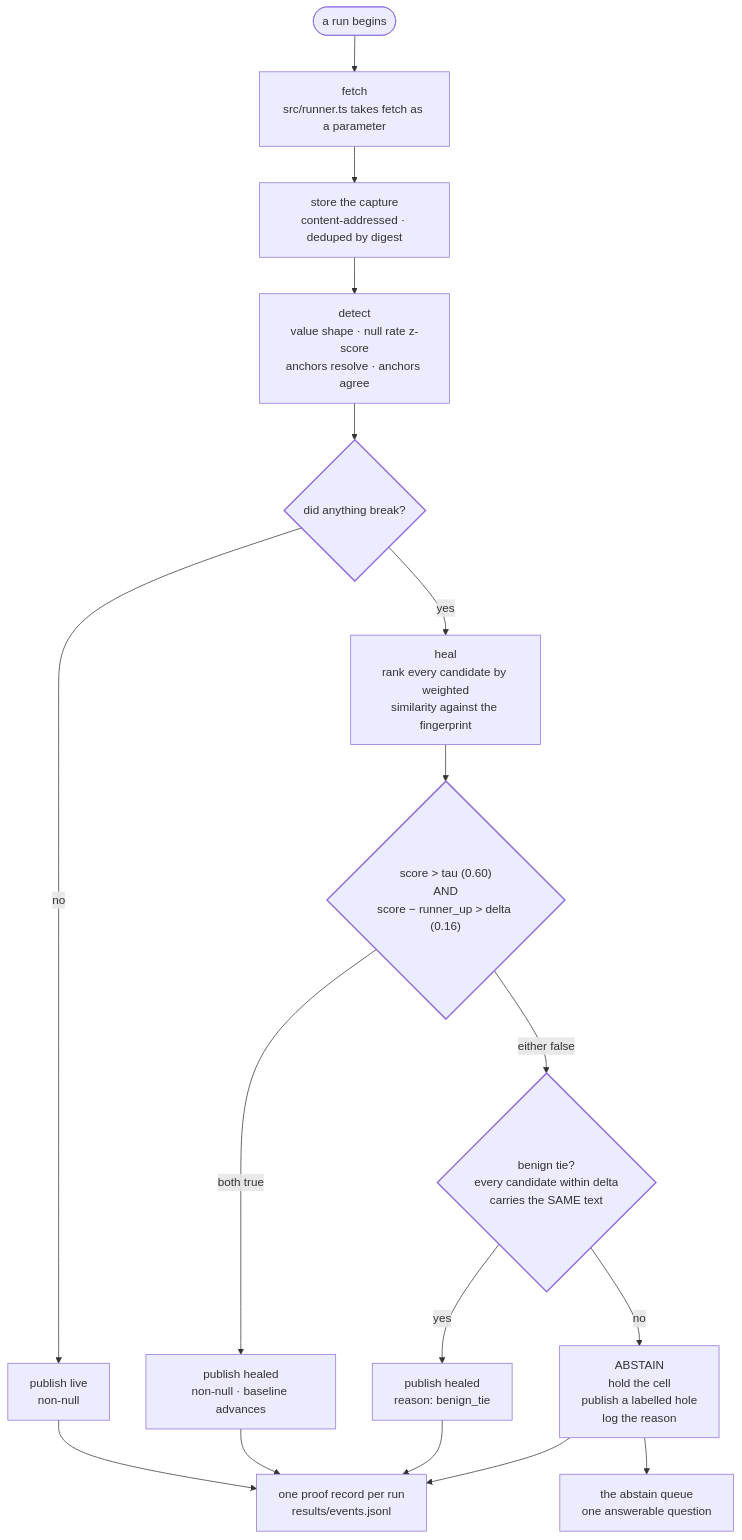
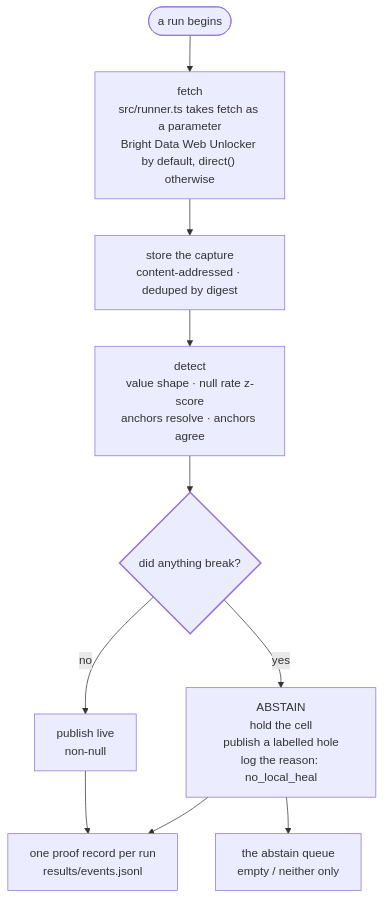
One commit to Vaibhav91one/assay changed the diagram in web/content/docs/run-flow.mdx. Above: the diagram before and after it, drawn with Mermaid. The commit also changed other lines of this file and 5 other files, not shown here.

First line of the commit message:
docs+fixtures: real-run verification found these stale after the healGated/tool-count changes

````diff
--- a/web/content/docs/run-flow.mdx
+++ b/web/content/docs/run-flow.mdx
@@ -8,27 +8,17 @@
 ```mermaid
 flowchart TB
-  start(["a run begins"]) --> fetch["fetch<br/>src/runner.ts takes fetch as a parameter"]
+  start(["a run begins"]) --> fetch["fetch<br/>src/runner.ts takes fetch as a parameter<br/>Bright Data Web Unlocker by default, direct() otherwise"]
   fetch --> capture["store the capture<br/>content-addressed · deduped by digest"]
   capture --> detect["detect<br/>value shape · null rate z-score<br/>anchors resolve · anchors agree"]
 
   detect --> broke{"did anything break?"}
   broke -->|"no"| live["publish live<br/>non-null"]
-
-  broke -->|"yes"| heal["heal<br/>rank every candidate by weighted<br/>similarity against the fingerprint"]
-  heal --> gate{"score &gt; tau (0.60)<br/>AND<br/>score − runner_up &gt; delta (0.16)"}
-
-  gate -->|"both true"| healed["publish healed<br/>non-null · baseline advances"]
-  gate -->|"either false"| tie{"benign tie?<br/>every candidate within delta<br/>carries the SAME text"}
-
-  tie -->|"yes"| benign["publish healed<br/>reason: benign_tie"]
-  tie -->|"no"| abstain["ABSTAIN<br/>hold the cell<br/>publish a labelled hole<br/>log the reason"]
+  broke -->|"yes"| abstain["ABSTAIN<br/>hold the cell<br/>publish a labelled hole<br/>log the reason: no_local_heal"]
 
   live --> proof["one proof record per run<br/>results/events.jsonl"]
-  healed --> proof
-  benign --> proof
-  abstain --> queue["the abstain queue<br/>one answerable question"]
+  abstain --> queue["the abstain queue<br/>empty / neither only"]
   abstain --> proof
 
   classDef decision stroke-width:2px
-  class gate,tie,broke decision
+  class broke decision
 ```
````
